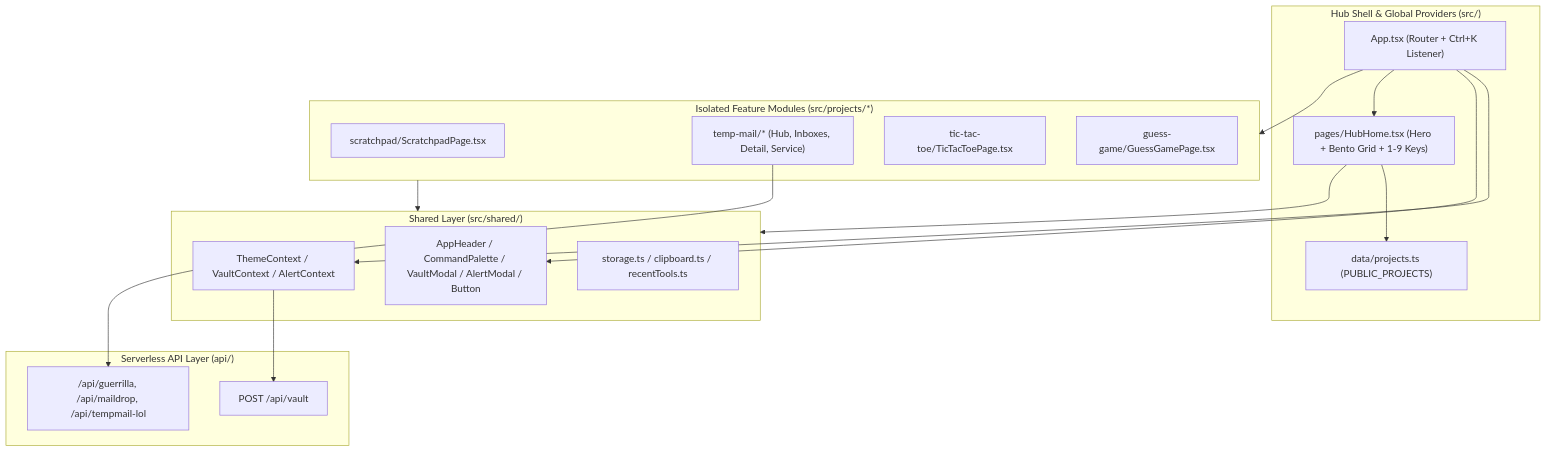
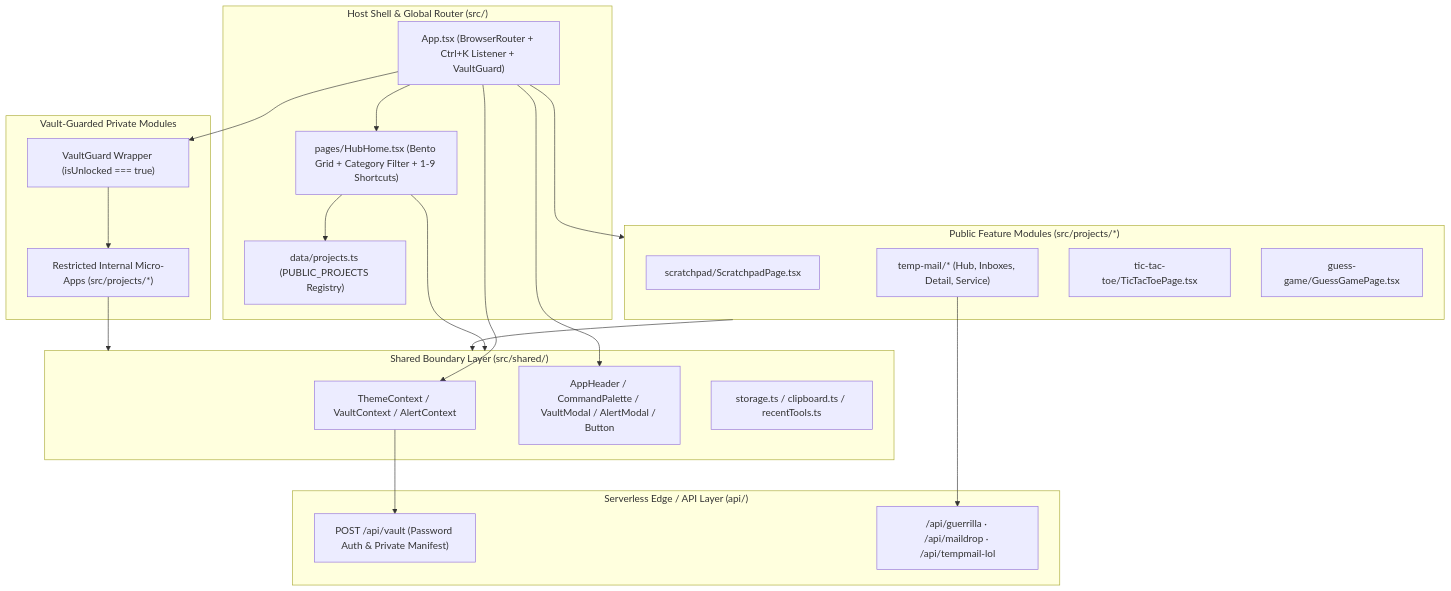
One commit to ANAS-2004-Cu/ANOUS-SPACE changed the diagram in docs/ARCHITECTURE.md. Above: the diagram before and after it, drawn with Mermaid. The commit also changed other lines of this file and 6 other files, not shown here.

````diff
--- a/docs/ARCHITECTURE.md
+++ b/docs/ARCHITECTURE.md
@@ -9,36 +13,44 @@
 ```mermaid
 flowchart TD
-  subgraph Shell["Hub Shell & Global Providers (src/)"]
-    App["App.tsx (Router + Ctrl+K Listener)"]
-    Hub["pages/HubHome.tsx (Hero + Bento Grid + 1-9 Keys)"]
-    Registry["data/projects.ts (PUBLIC_PROJECTS)"]
+  subgraph Shell["Host Shell & Global Router (src/)"]
+    App["App.tsx (BrowserRouter + Ctrl+K Listener + VaultGuard)"]
+    Hub["pages/HubHome.tsx (Bento Grid + Category Filter + 1-9 Shortcuts)"]
+    Registry["data/projects.ts (PUBLIC_PROJECTS Registry)"]
   end
 
-  subgraph Shared["Shared Layer (src/shared/)"]
+  subgraph Shared["Shared Boundary Layer (src/shared/)"]
     Contexts["ThemeContext / VaultContext / AlertContext"]
     UI["AppHeader / CommandPalette / VaultModal / AlertModal / Button"]
     Utils["storage.ts / clipboard.ts / recentTools.ts"]
   end
 
-  subgraph Modules["Isolated Feature Modules (src/projects/*)"]
+  subgraph PublicModules["Public Feature Modules (src/projects/*)"]
     Scratchpad["scratchpad/ScratchpadPage.tsx"]
     TempMail["temp-mail/* (Hub, Inboxes, Detail, Service)"]
     TicTacToe["tic-tac-toe/TicTacToePage.tsx"]
     GuessGame["guess-game/GuessGamePage.tsx"]
   end
 
-  subgraph Serverless["Serverless API Layer (api/)"]
-    VaultAPI["POST /api/vault"]
-    MailProxies["/api/guerrilla, /api/maildrop, /api/tempmail-lol"]
+  subgraph GuardedModules["Vault-Guarded Private Modules"]
+    PrivateRoute["VaultGuard Wrapper (isUnlocked === true)"]
+    PrivateApp["Restricted Internal Micro-Apps (src/projects/*)"]
+  end
+
+  subgraph Serverless["Serverless Edge / API Layer (api/)"]
+    VaultAPI["POST /api/vault (Password Auth & Private Manifest)"]
+    MailProxies["/api/guerrilla · /api/maildrop · /api/tempmail-lol"]
   end
 
   App --> Contexts
   App --> UI
   App --> Hub
-  App --> Modules
+  App --> PublicModules
+  App --> PrivateRoute
+  PrivateRoute --> PrivateApp
   Hub --> Registry
   Hub --> Shared
-  Modules --> Shared
+  PublicModules --> Shared
+  PrivateApp --> Shared
   Contexts --> VaultAPI
   TempMail --> MailProxies
 ```
````
